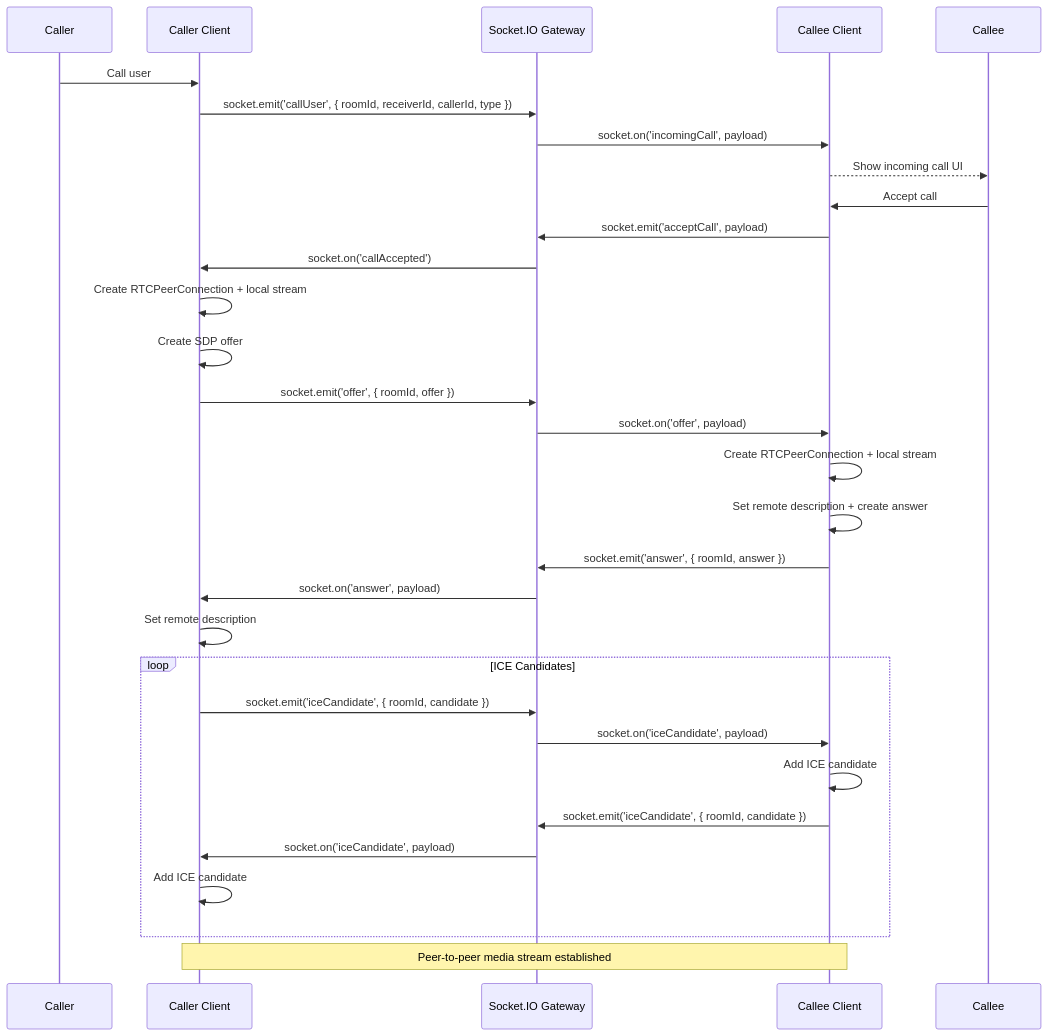
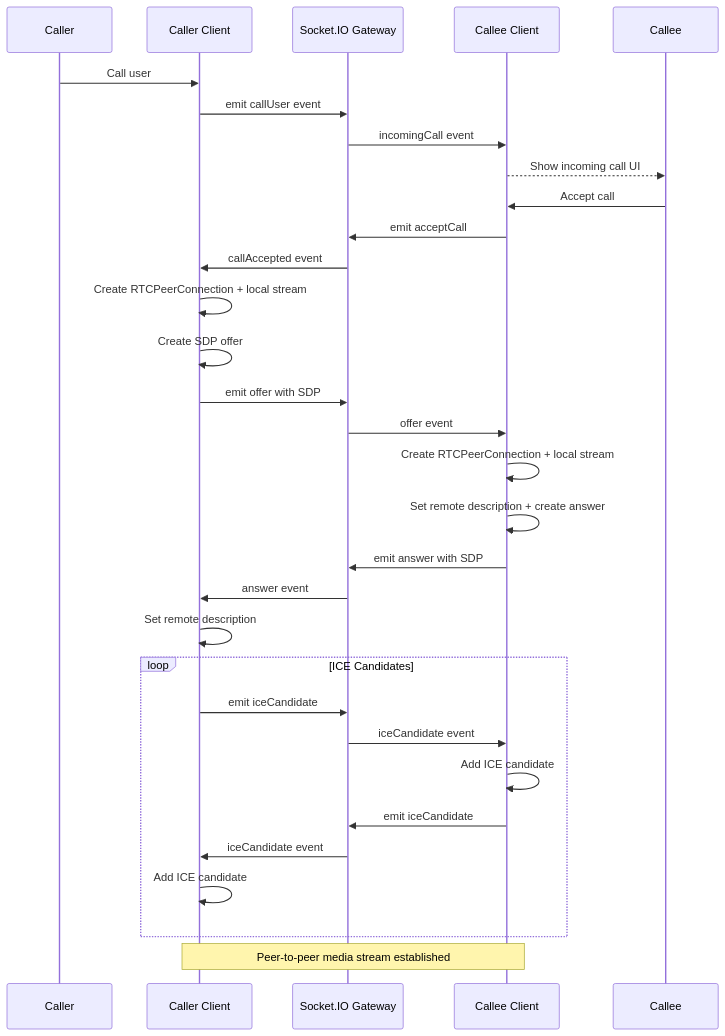
Before and after one commit to LeNguyenTatThang/Halogram: the ninth of 15 diagrams in README.md, drawn with Mermaid. The commit also changed other lines of this file, not shown here.

First line of the commit message:
fix: repair all Mermaid diagrams for GitHub render compatibility

````diff
--- a/README.md
+++ b/README.md
@@ -675,37 +679,37 @@
 ```mermaid
 sequenceDiagram
     participant A as Caller
-    participant C_A as Caller Client
+    participant CA as Caller Client
     participant WS as Socket.IO Gateway
-    participant C_B as Callee Client
+    participant CB as Callee Client
     participant B as Callee
 
-    A->>C_A: Call user
-    C_A->>WS: socket.emit('callUser', { roomId, receiverId, callerId, type })
-    WS->>C_B: socket.on('incomingCall', payload)
-    C_B-->>B: Show incoming call UI
+    A->>CA: Call user
+    CA->>WS: emit callUser event
+    WS->>CB: incomingCall event
+    CB-->>B: Show incoming call UI
 
-    B->>C_B: Accept call
-    C_B->>WS: socket.emit('acceptCall', payload)
-    WS->>C_A: socket.on('callAccepted')
-    C_A->>C_A: Create RTCPeerConnection + local stream
-    C_A->>C_A: Create SDP offer
-    C_A->>WS: socket.emit('offer', { roomId, offer })
-    WS->>C_B: socket.on('offer', payload)
-    C_B->>C_B: Create RTCPeerConnection + local stream
-    C_B->>C_B: Set remote description + create answer
-    C_B->>WS: socket.emit('answer', { roomId, answer })
-    WS->>C_A: socket.on('answer', payload)
+    B->>CB: Accept call
+    CB->>WS: emit acceptCall
+    WS->>CA: callAccepted event
+    CA->>CA: Create RTCPeerConnection + local stream
+    CA->>CA: Create SDP offer
+    CA->>WS: emit offer with SDP
+    WS->>CB: offer event
+    CB->>CB: Create RTCPeerConnection + local stream
+    CB->>CB: Set remote description + create answer
+    CB->>WS: emit answer with SDP
+    WS->>CA: answer event
 
-    C_A->>C_A: Set remote description
+    CA->>CA: Set remote description
     loop ICE Candidates
-        C_A->>WS: socket.emit('iceCandidate', { roomId, candidate })
-        WS->>C_B: socket.on('iceCandidate', payload)
-        C_B->>C_B: Add ICE candidate
-        C_B->>WS: socket.emit('iceCandidate', { roomId, candidate })
-        WS->>C_A: socket.on('iceCandidate', payload)
-        C_A->>C_A: Add ICE candidate
+        CA->>WS: emit iceCandidate
+        WS->>CB: iceCandidate event
+        CB->>CB: Add ICE candidate
+        CB->>WS: emit iceCandidate
+        WS->>CA: iceCandidate event
+        CA->>CA: Add ICE candidate
     end
 
-    Note over C_A,C_B: Peer-to-peer media stream established
+    Note over CA,CB: Peer-to-peer media stream established
 ```
````
